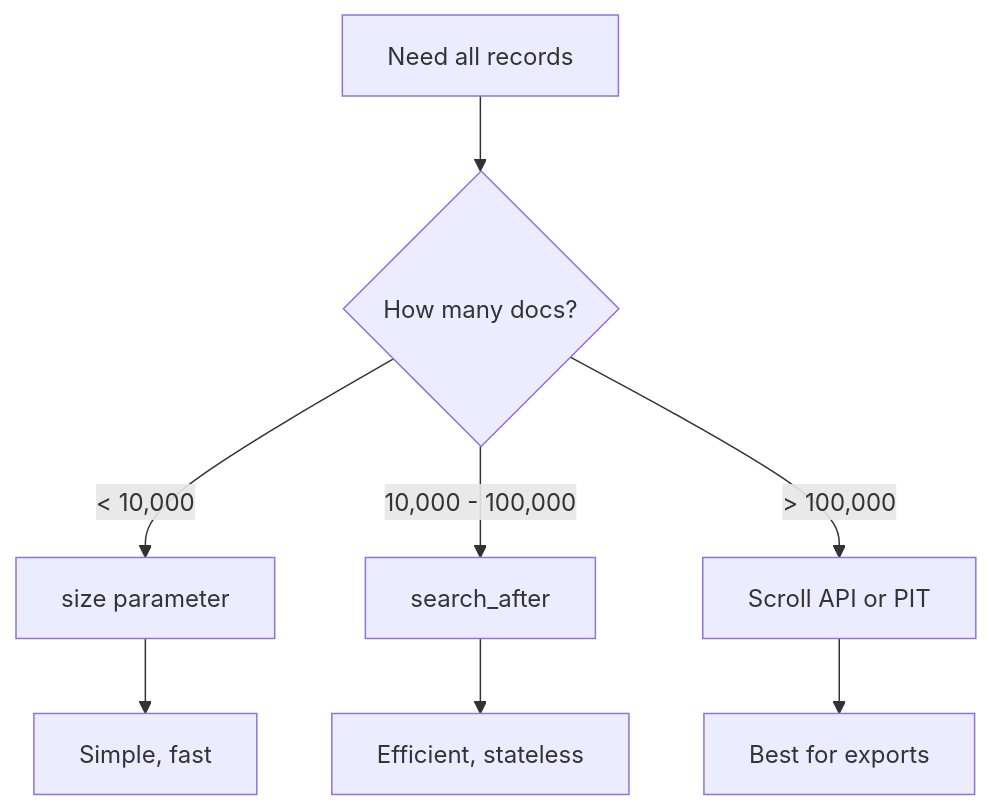
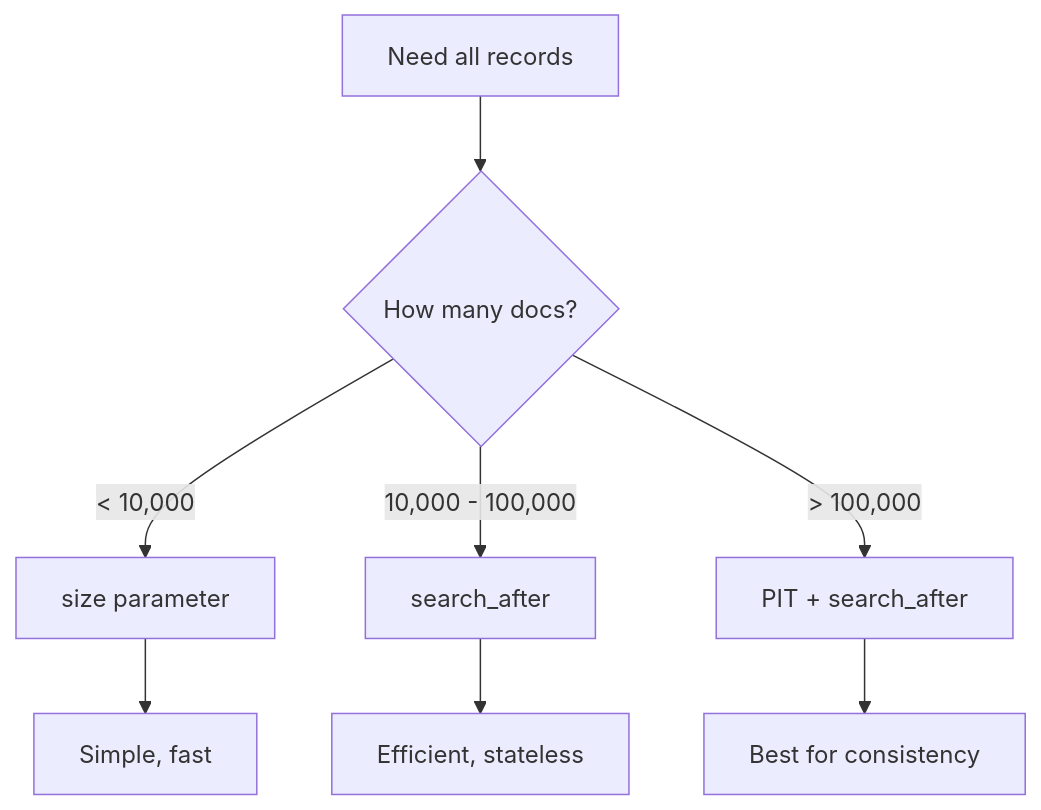
One commit to OneUptime/blog changed the diagram in posts/2025-12-19-return-all-records-elasticsearch/README.md. Above: the diagram before and after it, drawn with Mermaid. The commit also changed other lines of this file and 2 other files, not shown here.

````diff
--- a/posts/2025-12-19-return-all-records-elasticsearch/README.md
+++ b/posts/2025-12-19-return-all-records-elasticsearch/README.md
@@ -15,12 +15,12 @@
 ```mermaid
 flowchart TD
     A["Need all records"] --> B{How many docs?}
 
     B -->|"< 10,000"| C["size parameter"]
     B -->|"10,000 - 100,000"| D["search_after"]
-    B -->|"> 100,000"| E["Scroll API or PIT"]
+    B -->|"> 100,000"| E["PIT + search_after"]
 
     C --> F["Simple, fast"]
     D --> G["Efficient, stateless"]
-    E --> H["Best for exports"]
+    E --> H["Best for consistency"]
 ```
````
